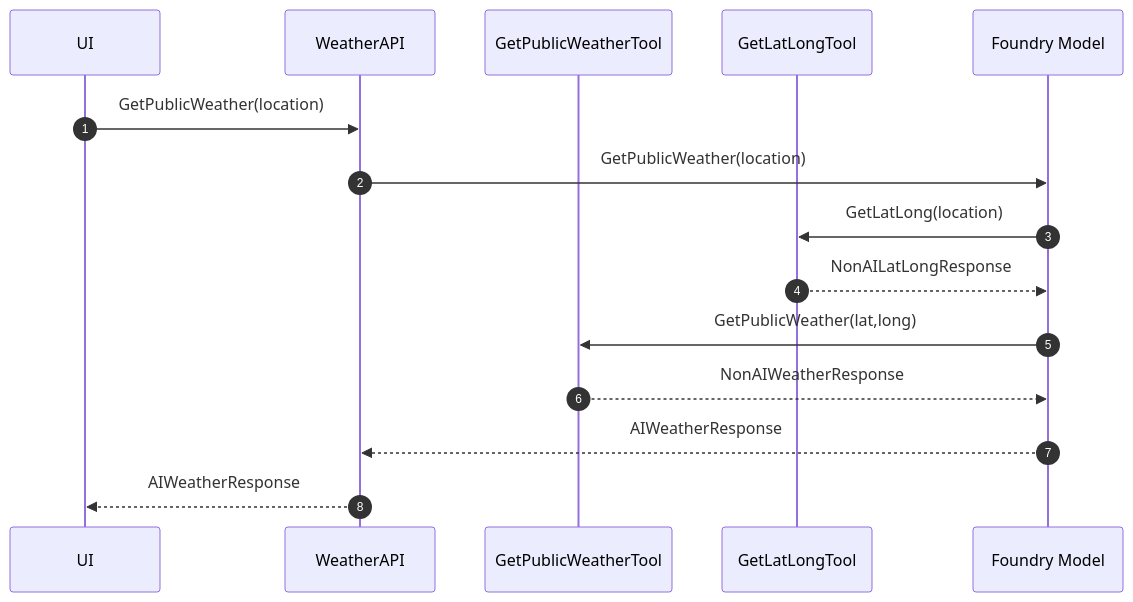
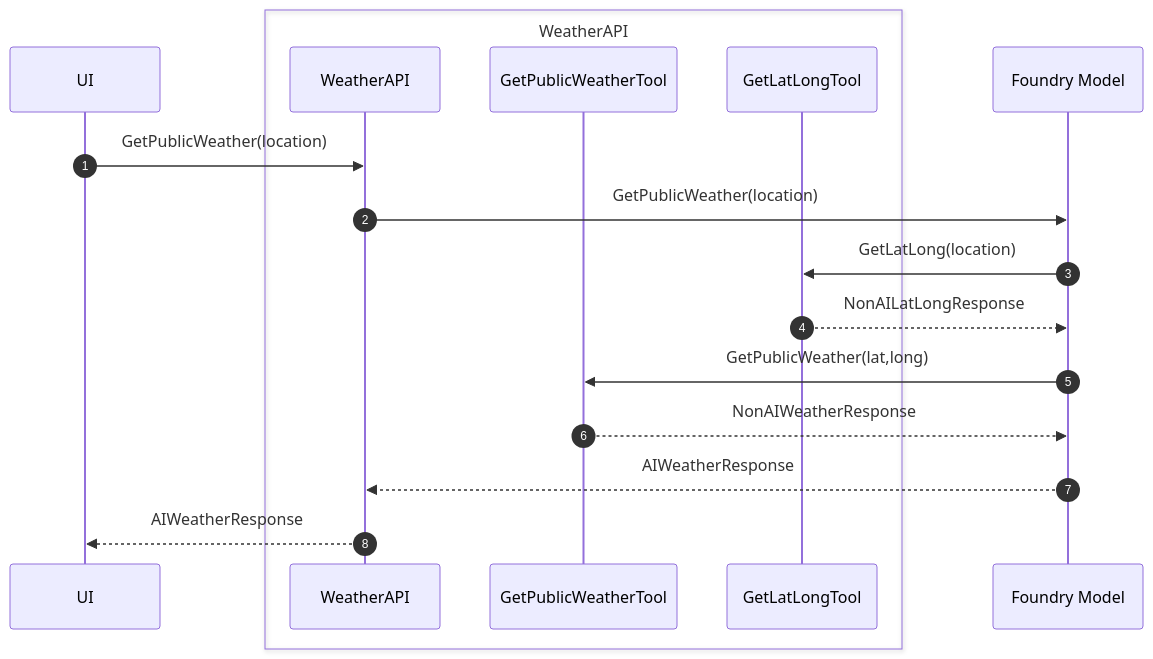
Before and after one commit to dustinkorzaan/weather-1116: the first of 3 diagrams in docs/3-foundry-mcp/agents-models-mcp.md, drawn with Mermaid.

Commit message:
Group V3 tool participants inside WeatherAPI box in sequence diagram

````diff
--- a/docs/3-foundry-mcp/agents-models-mcp.md
+++ b/docs/3-foundry-mcp/agents-models-mcp.md
@@ -53,18 +53,20 @@
   ```mermaid
   sequenceDiagram
       autonumber
       participant UI
-      participant API as WeatherAPI
-      participant GetPublicWeatherTool
-      participant GetLatLongTool
+      box WeatherAPI
+          participant API as WeatherAPI
+          participant GetPublicWeatherTool
+          participant GetLatLongTool
+      end
       participant Model as Foundry Model
 
       UI->>API: GetPublicWeather(location)
       API->>Model: GetPublicWeather(location)
       Model->>GetLatLongTool: GetLatLong(location)
       GetLatLongTool-->>Model: NonAILatLongResponse
       Model->>GetPublicWeatherTool: GetPublicWeather(lat,long)
       GetPublicWeatherTool-->>Model: NonAIWeatherResponse
       Model-->>API: AIWeatherResponse
       API-->>UI: AIWeatherResponse
   ```
````
